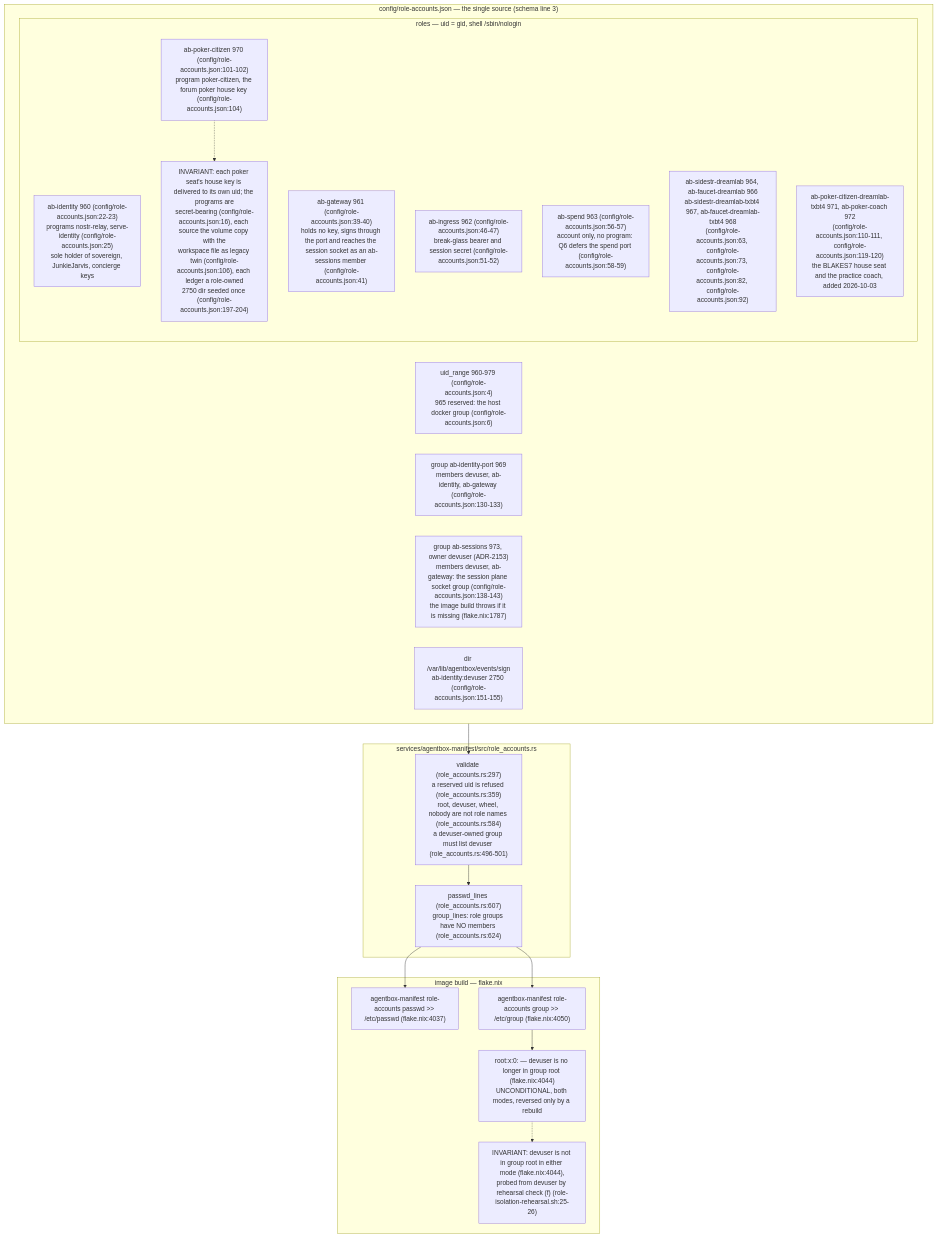
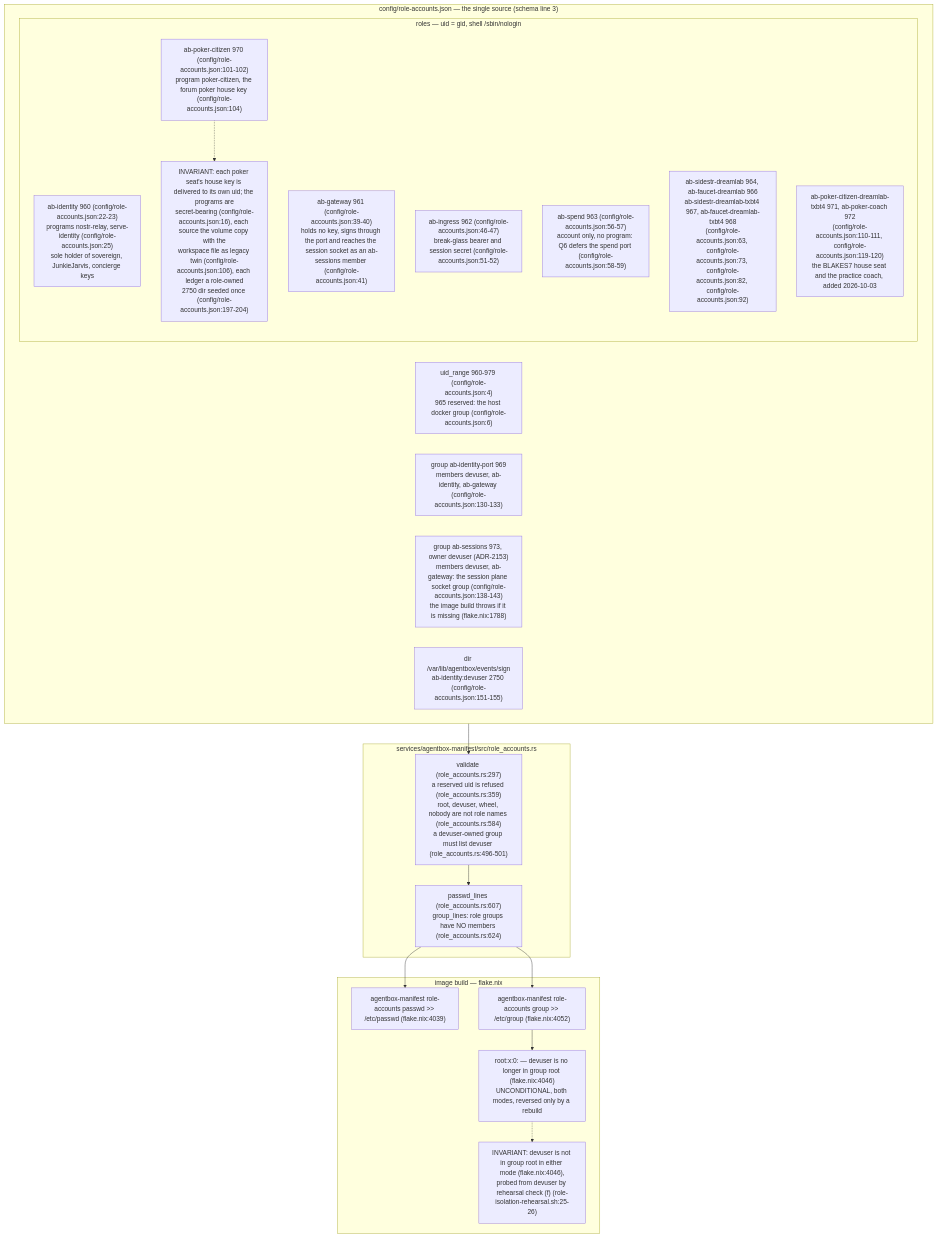
Before and after one commit to DreamLab-AI/VisionFlow: the first of 7 diagrams in docs/diagrams/agentbox/36-role-isolation-and-identity-port.md, drawn with Mermaid. The commit also changed other lines of this file and 173 other files, not shown here.

````diff
--- a/docs/diagrams/agentbox/36-role-isolation-and-identity-port.md
+++ b/docs/diagrams/agentbox/36-role-isolation-and-identity-port.md
@@ -48,33 +48,33 @@
 ```mermaid
 flowchart TB
     subgraph TABLE["config/role-accounts.json — the single source (schema line 3)"]
         RANGE["uid_range 960-979 (config/role-accounts.json:4)<br/>965 reserved: the host docker group (config/role-accounts.json:6)"]
         subgraph ROLES["roles — uid = gid, shell /sbin/nologin"]
             ID["ab-identity 960 (config/role-accounts.json:22-23)<br/>programs nostr-relay, serve-identity (config/role-accounts.json:25)<br/>sole holder of sovereign, JunkieJarvis, concierge keys"]
             GW["ab-gateway 961 (config/role-accounts.json:39-40)<br/>holds no key, signs through the port and reaches the session socket as an ab-sessions member (config/role-accounts.json:41)"]
             IN["ab-ingress 962 (config/role-accounts.json:46-47)<br/>break-glass bearer and session secret (config/role-accounts.json:51-52)"]
             SP["ab-spend 963 (config/role-accounts.json:56-57)<br/>account only, no program: Q6 defers the spend port (config/role-accounts.json:58-59)"]
             CH["ab-sidestr-dreamlab 964, ab-faucet-dreamlab 966<br/>ab-sidestr-dreamlab-txbt4 967, ab-faucet-dreamlab-txbt4 968<br/>(config/role-accounts.json:63, config/role-accounts.json:73, config/role-accounts.json:82, config/role-accounts.json:92)"]
             PK["ab-poker-citizen 970 (config/role-accounts.json:101-102)<br/>program poker-citizen, the forum poker house key (config/role-accounts.json:104)"]
             PK2["ab-poker-citizen-dreamlab-txbt4 971, ab-poker-coach 972<br/>(config/role-accounts.json:110-111, config/role-accounts.json:119-120)<br/>the BLAKES7 house seat and the practice coach, added 2026-10-03"]
             PK -.-> N2["INVARIANT: each poker seat's house key is delivered to its own uid; the programs are<br/>secret-bearing (config/role-accounts.json:16), each source the volume copy with the<br/>workspace file as legacy twin (config/role-accounts.json:106), each ledger a role-owned<br/>2750 dir seeded once (config/role-accounts.json:197-204)"]
         end
         GRP["group ab-identity-port 969<br/>members devuser, ab-identity, ab-gateway (config/role-accounts.json:130-133)"]
-        GRP2["group ab-sessions 973, owner devuser (ADR-2153)<br/>members devuser, ab-gateway: the session plane socket group (config/role-accounts.json:138-143)<br/>the image build throws if it is missing (flake.nix:1787)"]
+        GRP2["group ab-sessions 973, owner devuser (ADR-2153)<br/>members devuser, ab-gateway: the session plane socket group (config/role-accounts.json:138-143)<br/>the image build throws if it is missing (flake.nix:1788)"]
         DIR["dir /var/lib/agentbox/events/sign<br/>ab-identity:devuser 2750 (config/role-accounts.json:151-155)"]
     end
     subgraph BUILD["image build — flake.nix"]
-        PW["agentbox-manifest role-accounts passwd >> /etc/passwd (flake.nix:4037)"]
-        GR["agentbox-manifest role-accounts group >> /etc/group (flake.nix:4050)"]
-        ROOTG["root:x:0: — devuser is no longer in group root (flake.nix:4044)<br/>UNCONDITIONAL, both modes, reversed only by a rebuild"]
-        ROOTG -.-> N1["INVARIANT: devuser is not in group root in either mode (flake.nix:4044),<br/>probed from devuser by rehearsal check (f) (role-isolation-rehearsal.sh:25-26)"]
+        PW["agentbox-manifest role-accounts passwd >> /etc/passwd (flake.nix:4039)"]
+        GR["agentbox-manifest role-accounts group >> /etc/group (flake.nix:4052)"]
+        ROOTG["root:x:0: — devuser is no longer in group root (flake.nix:4046)<br/>UNCONDITIONAL, both modes, reversed only by a rebuild"]
+        ROOTG -.-> N1["INVARIANT: devuser is not in group root in either mode (flake.nix:4046),<br/>probed from devuser by rehearsal check (f) (role-isolation-rehearsal.sh:25-26)"]
     end
     subgraph RUST["services/agentbox-manifest/src/role_accounts.rs"]
         VAL["validate (role_accounts.rs:297)<br/>a reserved uid is refused (role_accounts.rs:359)<br/>root, devuser, wheel, nobody are not role names (role_accounts.rs:584)<br/>a devuser-owned group must list devuser (role_accounts.rs:496-501)"]
         LINES["passwd_lines (role_accounts.rs:607)<br/>group_lines: role groups have NO members (role_accounts.rs:624)"]
     end
     TABLE --> VAL --> LINES
     LINES --> PW
     LINES --> GR
     GR --> ROOTG
 ```
````
